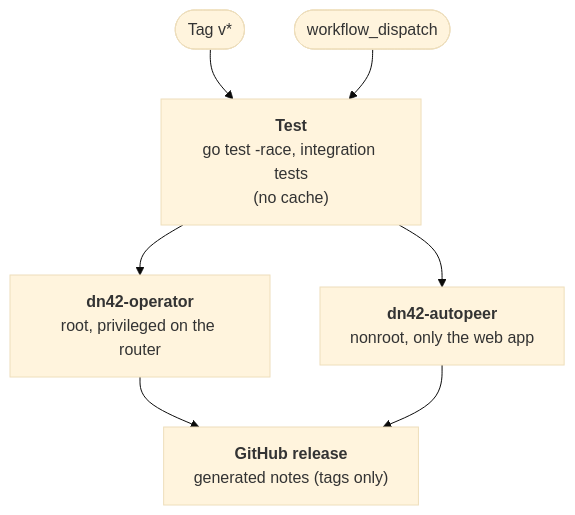
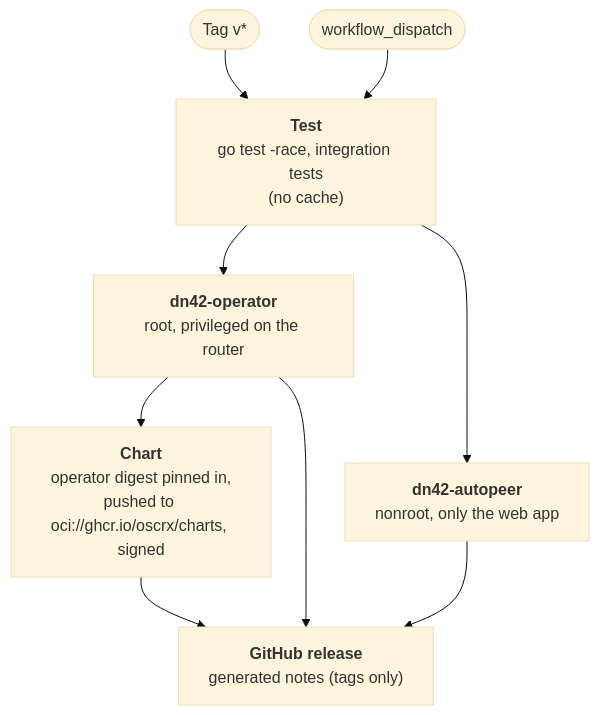
The second of 3 diagrams in .github/PIPELINE.md (oscrx/dn42-operator), drawn with Mermaid (base theme) before and after one commit. The commit also changed other lines of this file and 20 other files, not shown here.

First line of the commit message:
Helm chart: charts/dn42-operator, published to oci://ghcr.io/oscrx/charts

````diff
--- a/.github/PIPELINE.md
+++ b/.github/PIPELINE.md
@@ -38,13 +41,14 @@
 ```mermaid
 flowchart TD
     tag(["Tag v*"])
     dispatch(["workflow_dispatch"])
 
     tag --> test
     dispatch --> test
 
     test["<b>Test</b><br/>go test -race, integration tests<br/>(no cache)"]
     test --> operator["<b>dn42-operator</b><br/>root, privileged on the router"]
     test --> autopeer["<b>dn42-autopeer</b><br/>nonroot, only the web app"]
-    operator & autopeer --> release["<b>GitHub release</b><br/>generated notes (tags only)"]
+    operator --> chart["<b>Chart</b><br/>operator digest pinned in,<br/>pushed to oci://ghcr.io/oscrx/charts, signed"]
+    operator & autopeer & chart --> release["<b>GitHub release</b><br/>generated notes (tags only)"]
 ```
````
